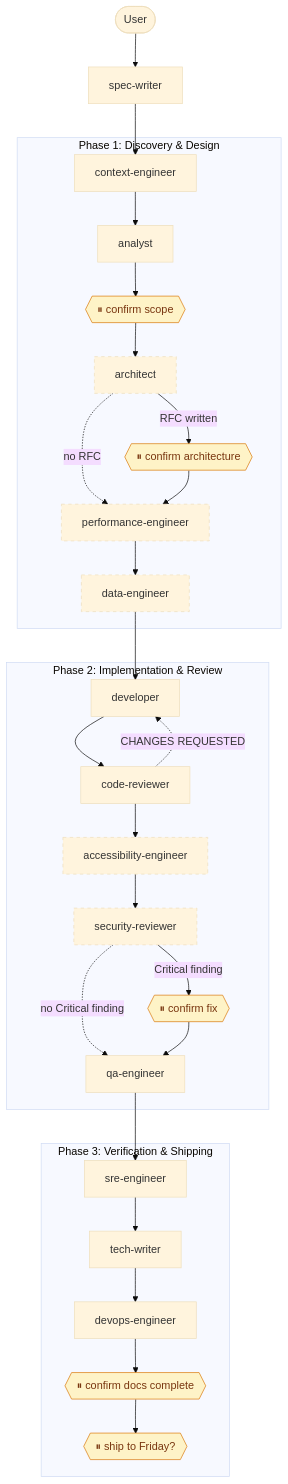
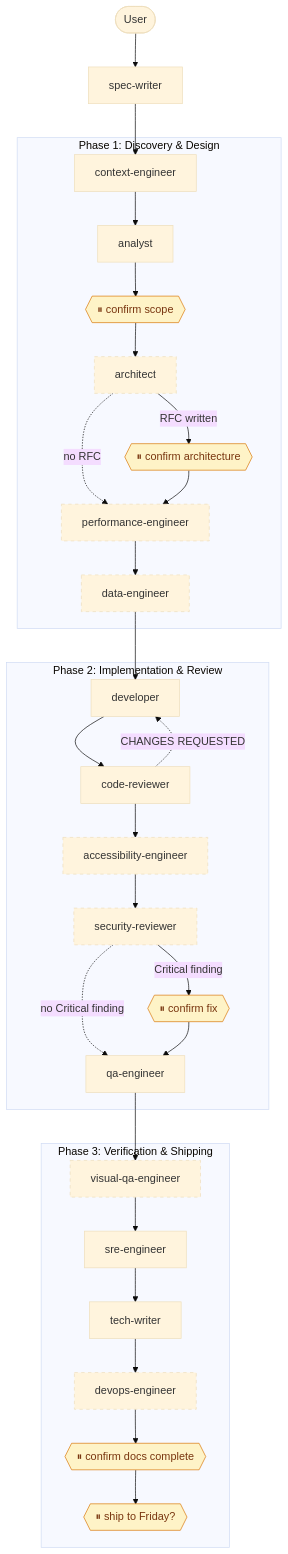
The second of 2 diagrams in README.md (orieken/ai-assistant-dot-files), drawn with Mermaid (base theme) before and after one commit. The commit also changed other lines of this file and 1 other file, not shown here.

````diff
--- a/README.md
+++ b/README.md
@@ -433,40 +433,41 @@
 ```mermaid
 flowchart TD
     User([User]) --> SpecWriter[spec-writer]
     SpecWriter --> ContextEngineer[context-engineer]
 
     subgraph "Phase 1: Discovery &amp; Design"
         ContextEngineer --> Analyst[analyst]
         Analyst --> Pause1{{"⏸ confirm scope"}}
         Pause1 --> Architect[architect]
         Architect -->|"RFC written"| Pause2{{"⏸ confirm architecture"}}
         Architect -.->|"no RFC"| Perf[performance-engineer]
         Pause2 --> Perf
         Perf --> Data[data-engineer]
     end
 
     subgraph "Phase 2: Implementation &amp; Review"
         Data --> Developer[developer]
         Developer --> CodeReviewer[code-reviewer]
         CodeReviewer -. "CHANGES REQUESTED" .-> Developer
         CodeReviewer --> A11y[accessibility-engineer]
         A11y --> SecurityReviewer[security-reviewer]
         SecurityReviewer -->|"Critical finding"| Pause3{{"⏸ confirm fix"}}
         SecurityReviewer -.->|"no Critical finding"| QAEngineer
     end
 
     subgraph "Phase 3: Verification &amp; Shipping"
         Pause3 --> QAEngineer[qa-engineer]
-        QAEngineer --> SRE[sre-engineer]
+        QAEngineer --> VisualQA[visual-qa-engineer]
+        VisualQA --> SRE[sre-engineer]
         SRE --> TechWriter[tech-writer]
         TechWriter --> DevOpsEngineer[devops-engineer]
         DevOpsEngineer --> Pause4{{"⏸ confirm docs complete"}}
         Pause4 --> Ship{{"⏸ ship to Friday?"}}
     end
 
     classDef conditional stroke-dasharray: 5 5
-    class Architect,Perf,Data,A11y,SecurityReviewer conditional
+    class Architect,Perf,Data,A11y,SecurityReviewer,VisualQA,DevOpsEngineer conditional
 
     classDef checkpoint fill:#fef3c7,stroke:#d97706,color:#78350f
     class Pause1,Pause2,Pause3,Pause4,Ship checkpoint
 ```
````
